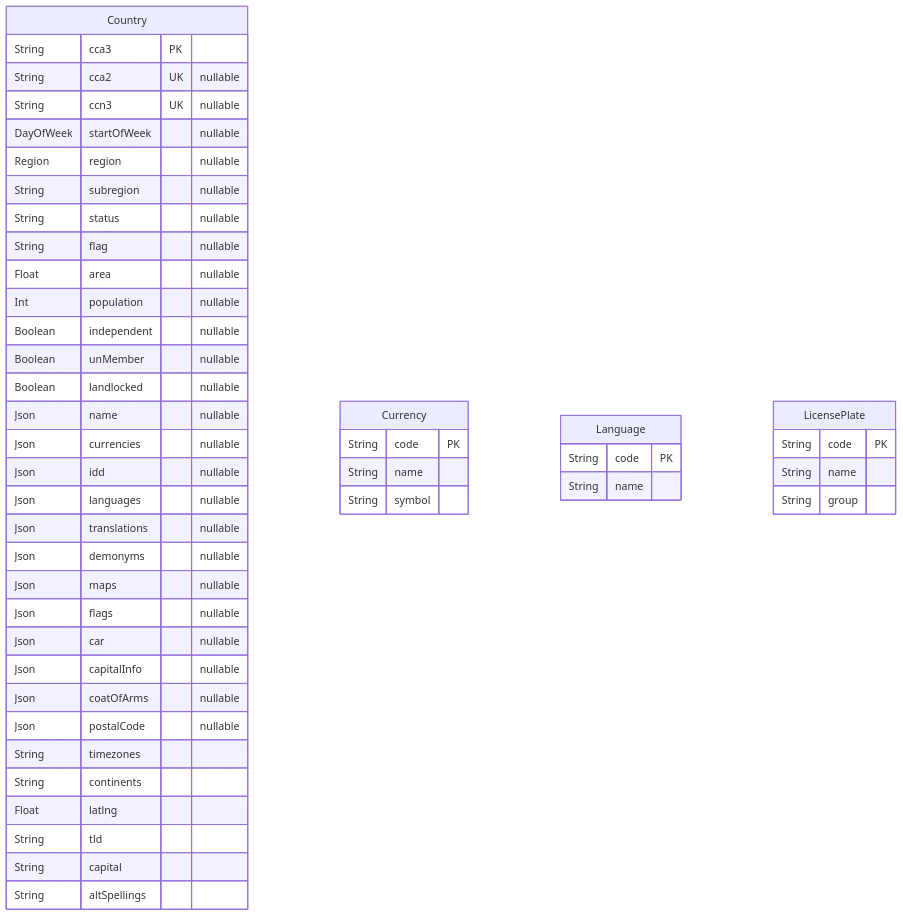
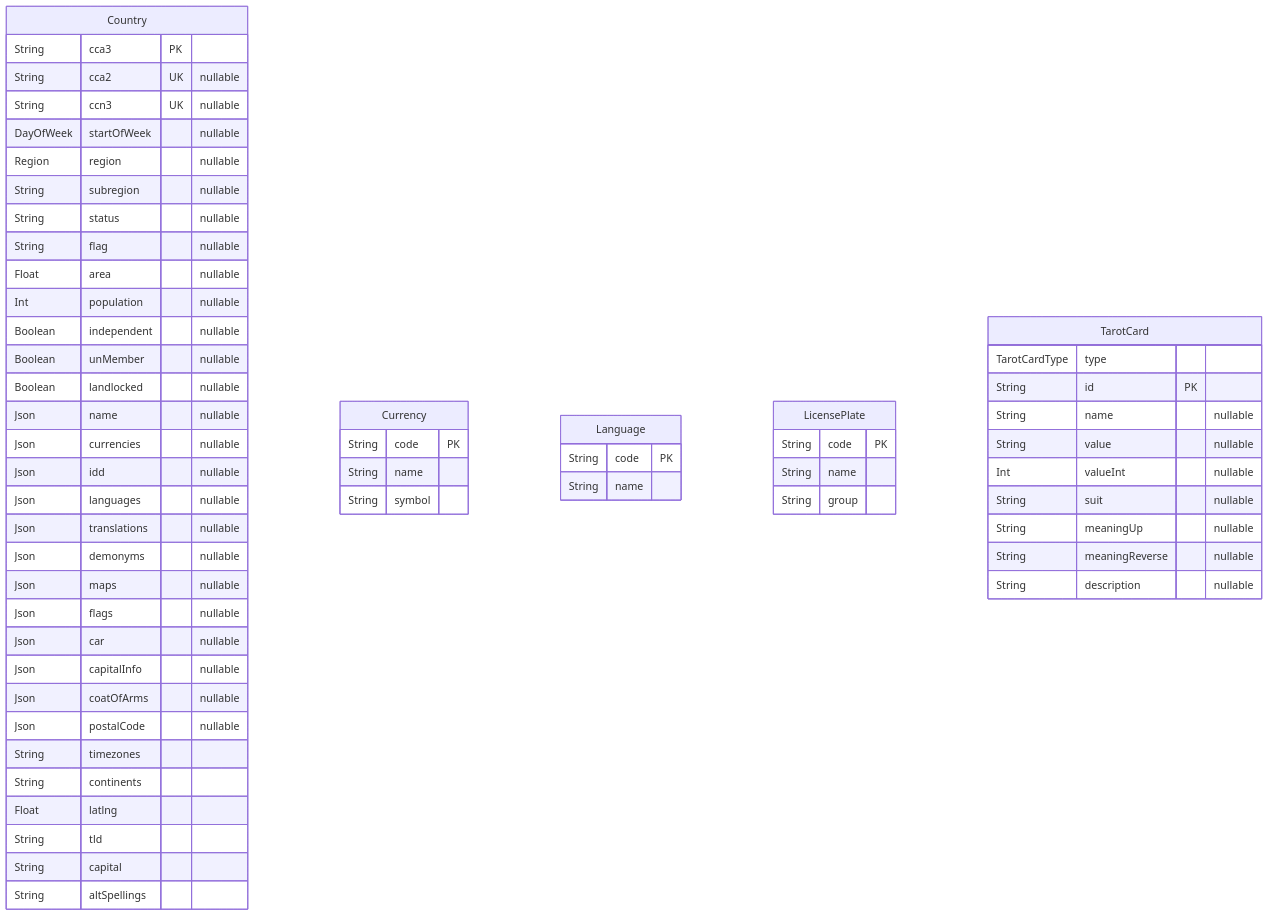
Before and after one commit to hieudoanm/hieudoanm.github.io: the diagram in api/prisma/README.md, drawn with Mermaid. The commit also changed other lines of this file and 16 other files, not shown here.

````diff
--- a/api/prisma/README.md
+++ b/api/prisma/README.md
@@ -9,50 +9,61 @@
 ```mermaid
 erDiagram
 "Country" {
     String cca3 PK
     String cca2 UK "nullable"
     String ccn3 UK "nullable"
     DayOfWeek startOfWeek "nullable"
     Region region "nullable"
     String subregion "nullable"
     String status "nullable"
     String flag "nullable"
     Float area "nullable"
     Int population "nullable"
     Boolean independent "nullable"
     Boolean unMember "nullable"
     Boolean landlocked "nullable"
     Json name "nullable"
     Json currencies "nullable"
     Json idd "nullable"
     Json languages "nullable"
     Json translations "nullable"
     Json demonyms "nullable"
     Json maps "nullable"
     Json flags "nullable"
     Json car "nullable"
     Json capitalInfo "nullable"
     Json coatOfArms "nullable"
     Json postalCode "nullable"
     String timezones
     String continents
     Float latlng
     String tld
     String capital
     String altSpellings
 }
 "Currency" {
     String code PK
     String name
     String symbol
 }
 "Language" {
     String code PK
     String name
 }
 "LicensePlate" {
     String code PK
     String name
     String group
 }
+"TarotCard" {
+    TarotCardType type
+    String id PK
+    String name "nullable"
+    String value "nullable"
+    Int valueInt "nullable"
+    String suit "nullable"
+    String meaningUp "nullable"
+    String meaningReverse "nullable"
+    String description "nullable"
+}
 ```
````
